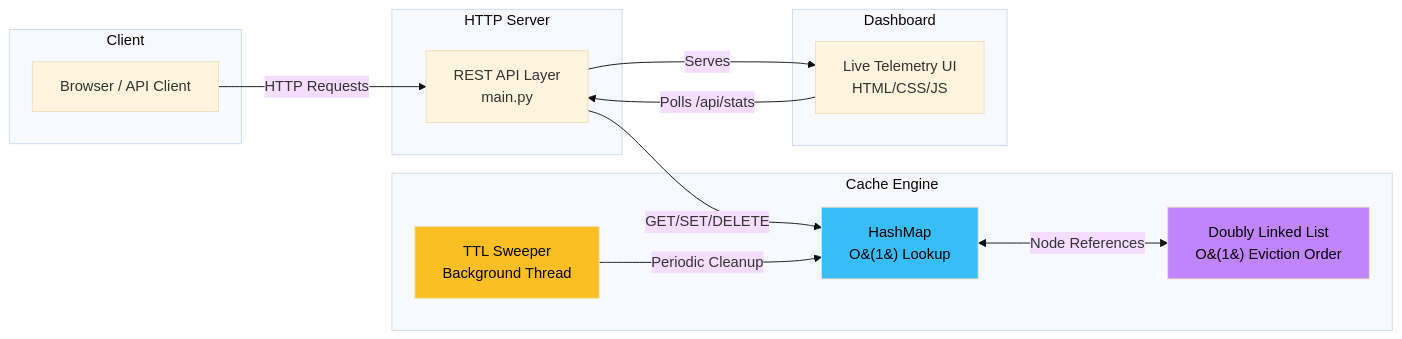
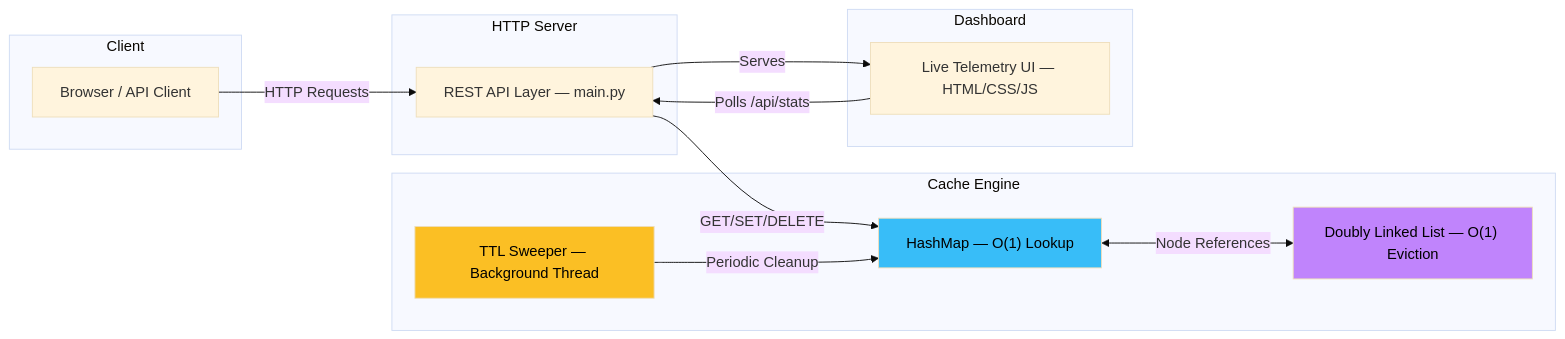
One commit to iamakankshamaurya961-lang/mini-redis-cache changed the diagram in README.md. Above: the diagram before and after it, drawn with Mermaid (base theme).

Commit message:
fix: Mermaid diagram syntax for GitHub rendering

````diff
--- a/README.md
+++ b/README.md
@@ -15,31 +15,31 @@
 ```mermaid
 graph LR
     subgraph Client
-        A[Browser / API Client]
+        A["Browser / API Client"]
     end
 
     subgraph HTTP Server
-        B[REST API Layer<br/>main.py]
+        B["REST API Layer — main.py"]
     end
 
     subgraph Cache Engine
-        C[HashMap<br/>O&#40;1&#41; Lookup]
-        D[Doubly Linked List<br/>O&#40;1&#41; Eviction Order]
-        E[TTL Sweeper<br/>Background Thread]
+        C["HashMap — O(1) Lookup"]
+        D["Doubly Linked List — O(1) Eviction"]
+        E["TTL Sweeper — Background Thread"]
     end
 
     subgraph Dashboard
-        F[Live Telemetry UI<br/>HTML/CSS/JS]
+        F["Live Telemetry UI — HTML/CSS/JS"]
     end
 
     A -->|HTTP Requests| B
     B -->|GET/SET/DELETE| C
     C <-->|Node References| D
     E -->|Periodic Cleanup| C
     B -->|Serves| F
     F -->|Polls /api/stats| B
 
     style C fill:#38bdf8,color:#000
     style D fill:#c084fc,color:#000
     style E fill:#fbbf24,color:#000
 ```
````
